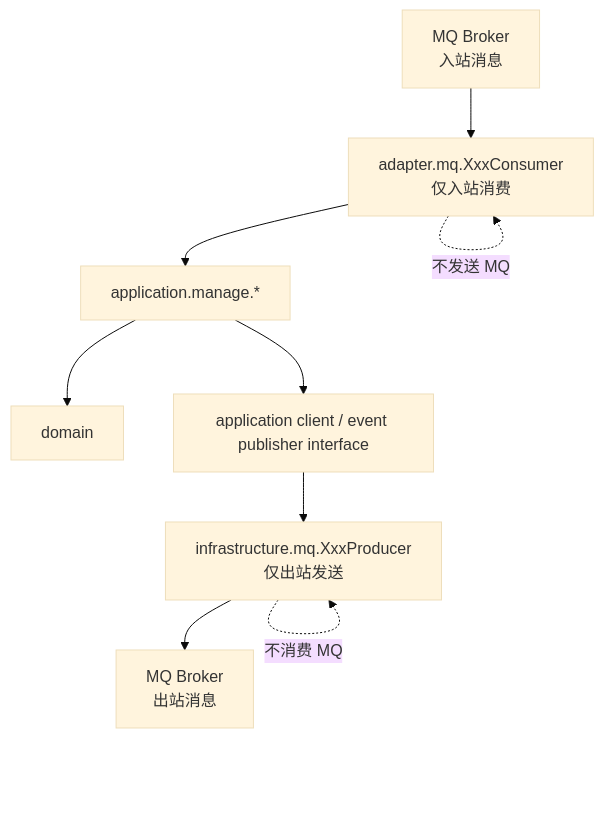
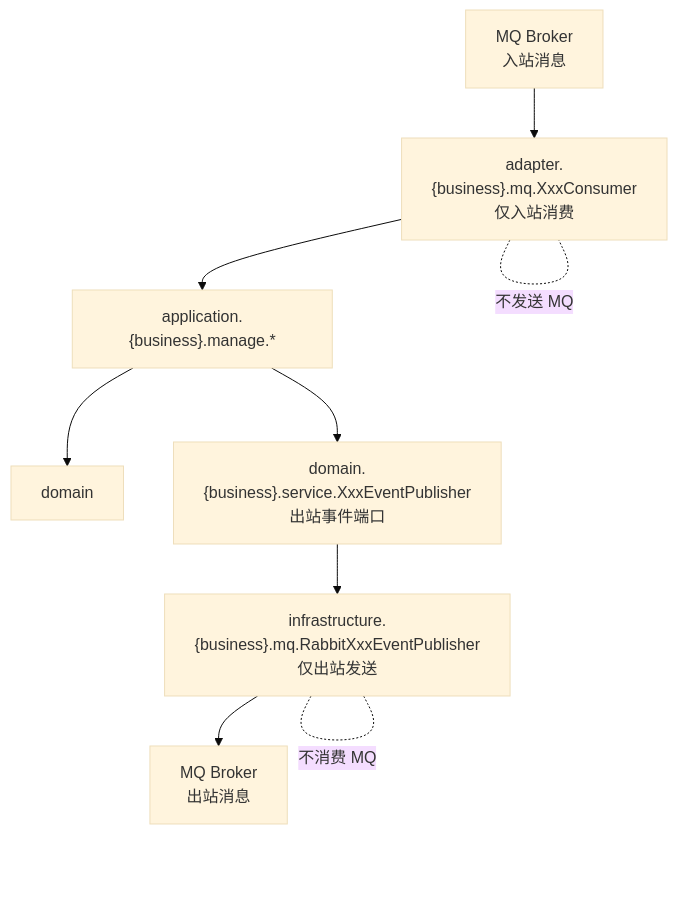
Diagram 12 of 19 in egon-cola-archetypes/architecture-mermaid-diagrams.md (AllenDEricDAlexander/Egon-COLA), drawn with Mermaid (base theme) before and after one commit. The commit also changed other lines of this file and 32 other files, not shown here.

First line of the commit message:
fix(archetypes): make architecture governance actually enforce, correct guide docs

````diff
--- a/egon-cola-archetypes/architecture-mermaid-diagrams.md
+++ b/egon-cola-archetypes/architecture-mermaid-diagrams.md
@@ -301,11 +325,11 @@
 ```mermaid
 flowchart TD
-    BROKER_IN["MQ Broker<br/>入站消息"] --> CONSUMER["adapter.mq.XxxConsumer<br/>仅入站消费"]
-    CONSUMER --> APP["application.manage.*"]
+    BROKER_IN["MQ Broker<br/>入站消息"] --> CONSUMER["adapter.{business}.mq.XxxConsumer<br/>仅入站消费"]
+    CONSUMER --> APP["application.{business}.manage.*"]
     APP --> DOMAIN["domain"]
-    APP --> EVENT_PORT["application client / event publisher interface"]
-    EVENT_PORT --> PRODUCER["infrastructure.mq.XxxProducer<br/>仅出站发送"]
+    APP --> EVENT_PORT["domain.{business}.service.XxxEventPublisher<br/>出站事件端口"]
+    EVENT_PORT --> PRODUCER["infrastructure.{business}.mq.RabbitXxxEventPublisher<br/>仅出站发送"]
     PRODUCER --> BROKER_OUT["MQ Broker<br/>出站消息"]
-    CONSUMER -. " 不发送 MQ " .-> CONSUMER
-    PRODUCER -. " 不消费 MQ " .-> PRODUCER
+    CONSUMER -. " 不发送 MQ " .- CONSUMER
+    PRODUCER -. " 不消费 MQ " .- PRODUCER
 ```
````
